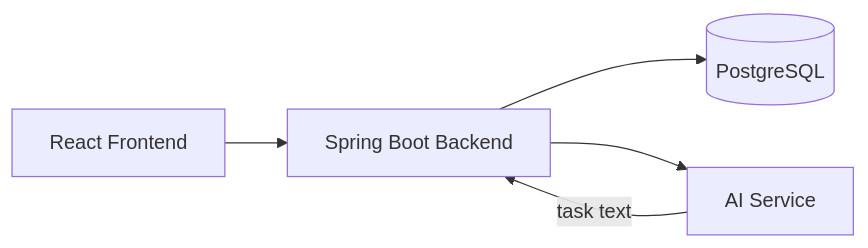
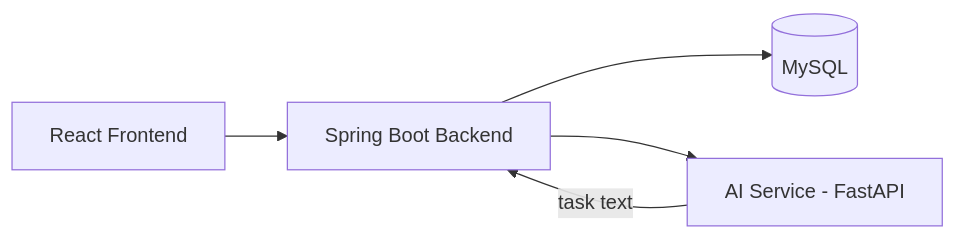
Before and after one commit to sudinvp/tasksphere: the diagram in README.md, drawn with Mermaid. The commit also changed other lines of this file, not shown here.

First line of the commit message:
Enhance README with badges and architecture detailschange the architecture

````diff
--- a/README.md
+++ b/README.md
@@ -20,7 +21,7 @@
 ```mermaid
 graph LR
     A[React Frontend] --> B[Spring Boot Backend]
-    B --> C[(PostgreSQL)]
-    B --> D[AI Service]
+    B --> C[(MySQL)]
+    B --> D[AI Service - FastAPI]
     D -->|task text| B
 ```
````
